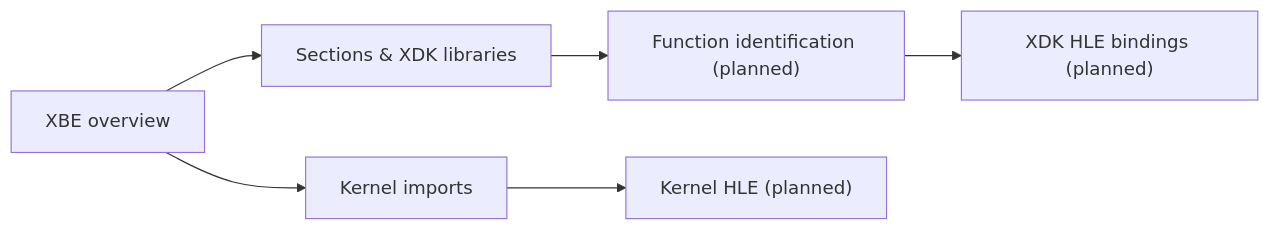
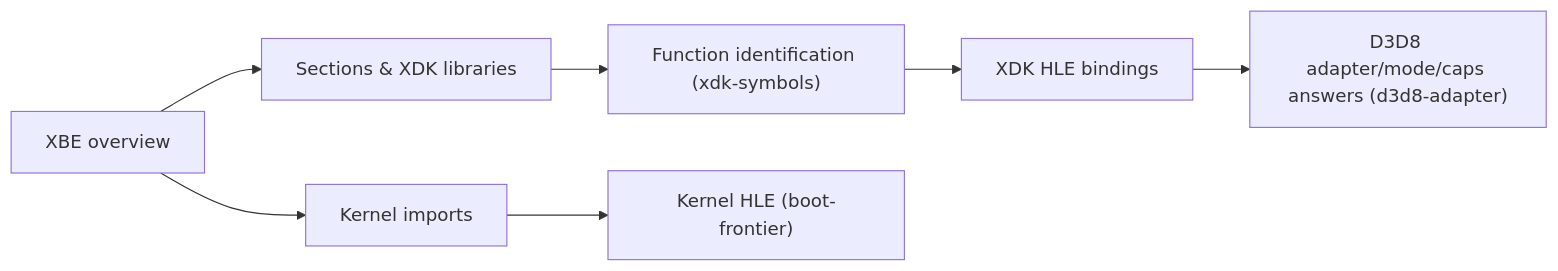
One commit to nworkers/reJSRF changed the diagram in docs/analysis/README.md. Above: the diagram before and after it, drawn with Mermaid. The commit also changed other lines of this file and 35 other files, not shown here.

````diff
--- a/docs/analysis/README.md
+++ b/docs/analysis/README.md
@@ -11,8 +11,9 @@
 ```mermaid
 flowchart LR
     XBE["XBE overview"] --> SECT["Sections & XDK libraries"]
     XBE --> KIMP["Kernel imports"]
-    SECT --> FID["Function identification (planned)"]
-    KIMP --> KHLE["Kernel HLE (planned)"]
-    FID --> XHLE["XDK HLE bindings (planned)"]
+    SECT --> FID["Function identification (xdk-symbols)"]
+    KIMP --> KHLE["Kernel HLE (boot-frontier)"]
+    FID --> XHLE["XDK HLE bindings"]
+    XHLE --> D3D["D3D8 adapter/mode/caps answers (d3d8-adapter)"]
 ```
````
